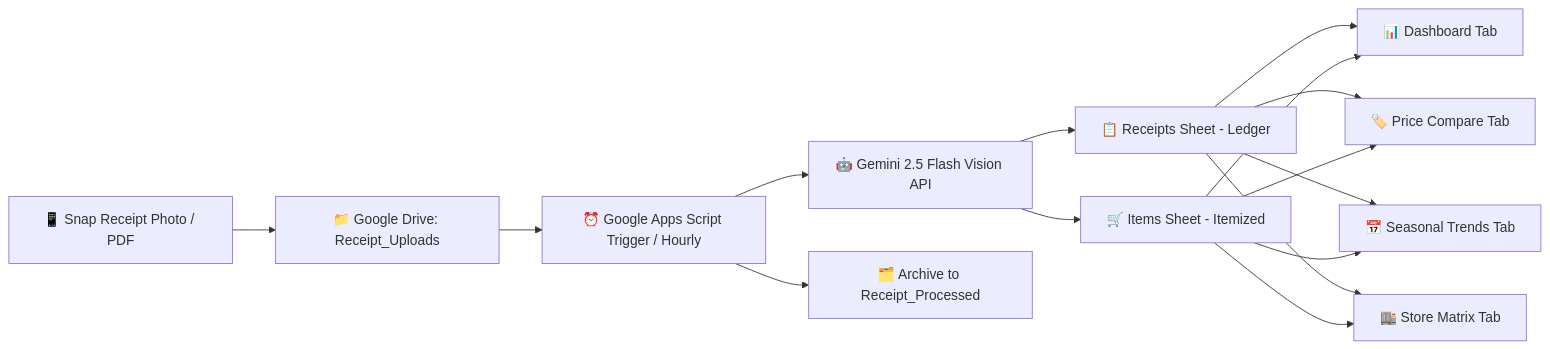
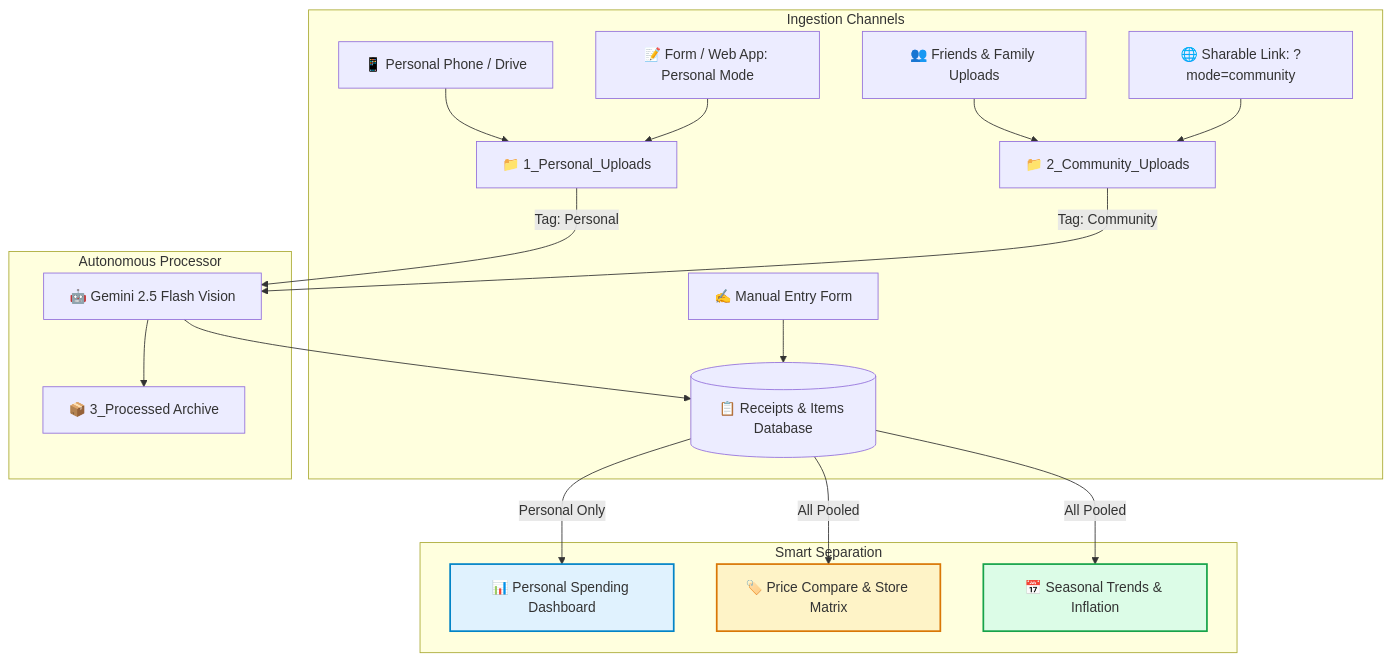
Before and after one commit to ajmals/grocery-tracker: the diagram in README.md, drawn with Mermaid. The commit also changed other lines of this file and 2 other files, not shown here.

Commit message:
feat: add HTML user interface form for receipt and grocery entry

````diff
--- a/README.md
+++ b/README.md
@@ -94,13 +110,27 @@
 ```mermaid
-graph LR
-    A[📱 Snap Receipt Photo / PDF] --> B[📁 Google Drive: Receipt_Uploads]
-    B --> C[⏰ Google Apps Script Trigger / Hourly]
-    C --> D[🤖 Gemini 2.5 Flash Vision API]
-    D --> E[📋 Receipts Sheet - Ledger]
-    D --> F[🛒 Items Sheet - Itemized]
-    E & F --> G[📊 Dashboard Tab]
-    E & F --> H[🏷️ Price Compare Tab]
-    E & F --> I[📅 Seasonal Trends Tab]
-    E & F --> J[🏬 Store Matrix Tab]
-    C --> K[🗂️ Archive to Receipt_Processed]
+graph TD
+    subgraph Ingestion Channels
+        P1[📱 Personal Phone / Drive] --> F1[📁 1_Personal_Uploads]
+        F_In[📝 Form / Web App: Personal Mode] --> F1
+        C1[👥 Friends & Family Uploads] --> F2[📁 2_Community_Uploads]
+        C_In[🌐 Sharable Link: ?mode=community] --> F2
+        M_In[✍️ Manual Entry Form] --> DB
+    end
+
+    subgraph Autonomous Processor
+        F1 -->|Tag: Personal| AI[🤖 Gemini 2.5 Flash Vision]
+        F2 -->|Tag: Community| AI
+        AI --> DB[(📋 Receipts & Items Database)]
+        AI --> Arch[📦 3_Processed Archive]
+    end
+
+    subgraph Smart Separation
+        DB -->|Personal Only| D1[📊 Personal Spending Dashboard]
+        DB -->|All Pooled| D2[🏷️ Price Compare & Store Matrix]
+        DB -->|All Pooled| D3[📅 Seasonal Trends & Inflation]
+    end
+
+    style D1 fill:#e0f2fe,stroke:#0284c7,stroke-width:2px
+    style D2 fill:#fef3c7,stroke:#d97706,stroke-width:2px
+    style D3 fill:#dcfce7,stroke:#16a34a,stroke-width:2px
 ```
````
